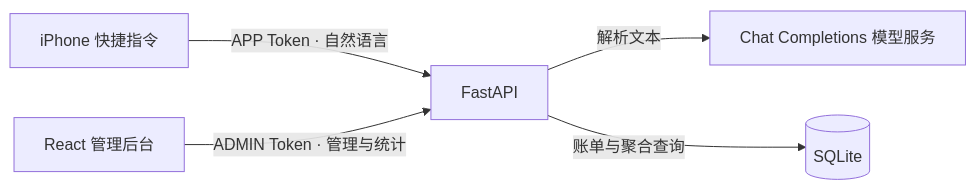
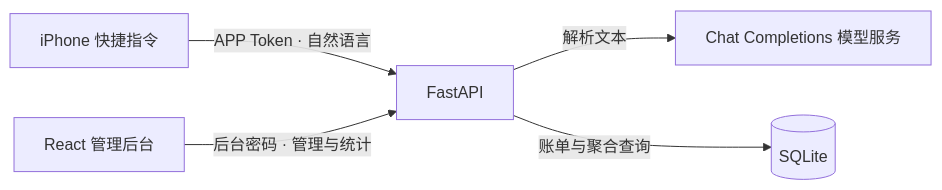
Before and after one commit to HHN224/bill-engine: the diagram in README.md, drawn with Mermaid. The commit also changed other lines of this file and 14 other files, not shown here.

````diff
--- a/README.md
+++ b/README.md
@@ -105,7 +105,7 @@
 ```mermaid
 flowchart LR
     Shortcut["iPhone 快捷指令"] -->|"APP Token · 自然语言"| API["FastAPI"]
-    Web["React 管理后台"] -->|"ADMIN Token · 管理与统计"| API
+    Web["React 管理后台"] -->|"后台密码 · 管理与统计"| API
     API -->|"解析文本"| Model["Chat Completions 模型服务"]
     API -->|"账单与聚合查询"| DB[("SQLite")]
 ```
````
